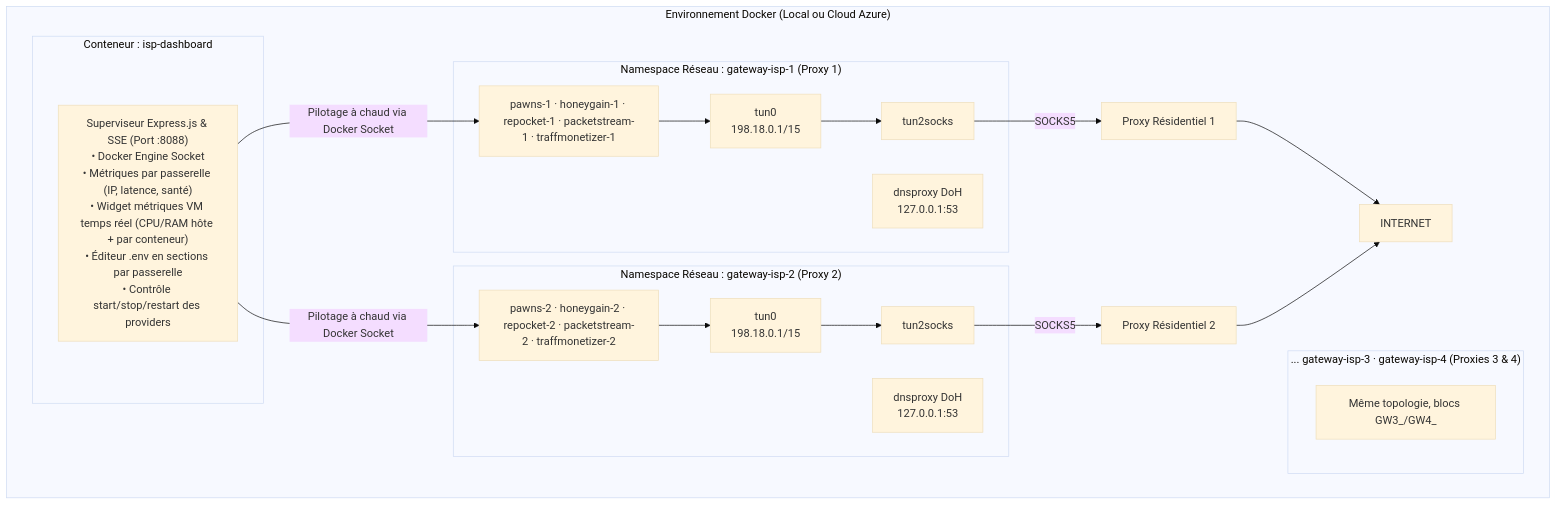
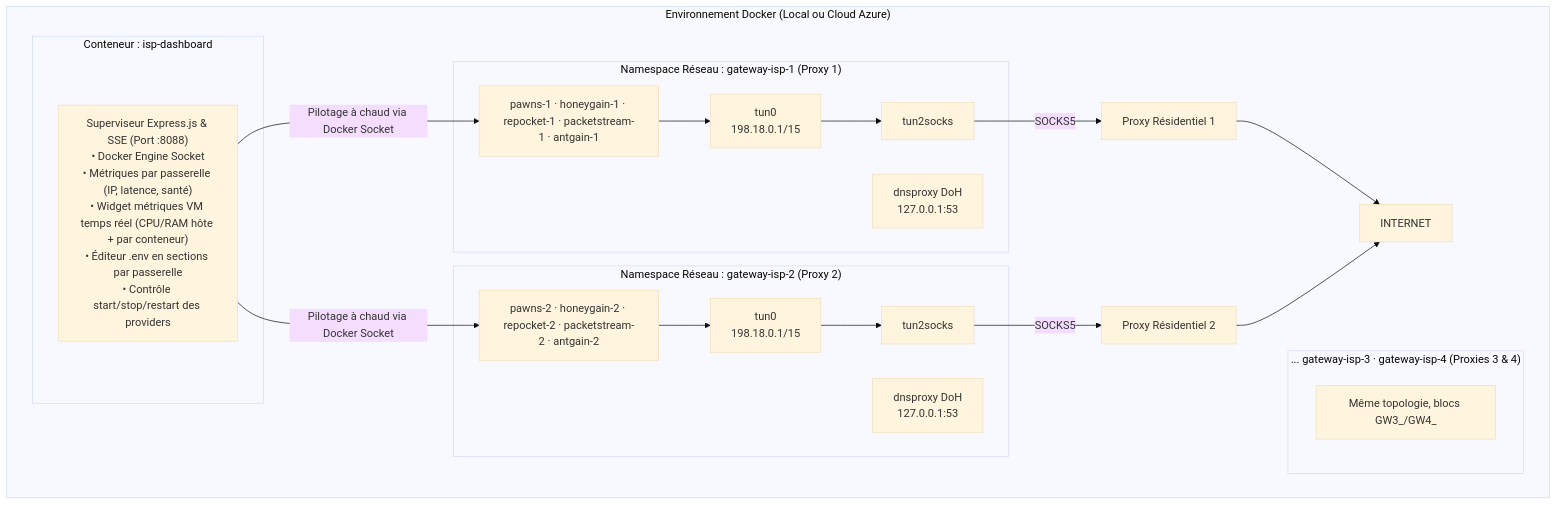
One commit to ki2pixel/proxy_docker changed the diagram in README.md. Above: the diagram before and after it, drawn with Mermaid (base theme). The commit also changed other lines of this file and 28 other files, not shown here.

````diff
--- a/README.md
+++ b/README.md
@@ -11,32 +11,32 @@
 ```mermaid
 graph TD
     subgraph Docker ["Environnement Docker (Local ou Cloud Azure)"]
         subgraph GW1 ["Namespace Réseau : gateway-isp-1 (Proxy 1)"]
             TUN1["tun0<br>198.18.0.1/15"] --> T2S1["tun2socks"]
             DOH1["dnsproxy DoH<br>127.0.0.1:53"]
-            P1["pawns-1 · honeygain-1 · repocket-1 · packetstream-1 · traffmonetizer-1"]
+            P1["pawns-1 · honeygain-1 · repocket-1 · packetstream-1 · antgain-1"]
         end
         subgraph GW2 ["Namespace Réseau : gateway-isp-2 (Proxy 2)"]
             TUN2["tun0<br>198.18.0.1/15"] --> T2S2["tun2socks"]
             DOH2["dnsproxy DoH<br>127.0.0.1:53"]
-            P2["pawns-2 · honeygain-2 · repocket-2 · packetstream-2 · traffmonetizer-2"]
+            P2["pawns-2 · honeygain-2 · repocket-2 · packetstream-2 · antgain-2"]
         end
         subgraph GW4 ["... gateway-isp-3 · gateway-isp-4 (Proxies 3 & 4)"]
             P4["Même topologie, blocs GW3_/GW4_"]
         end
 
         subgraph DashboardContainer ["Conteneur : isp-dashboard"]
             DASH["Superviseur Express.js & SSE (Port :8088)<br>• Docker Engine Socket<br>• Métriques par passerelle (IP, latence, santé)<br>• Widget métriques VM temps réel (CPU/RAM hôte + par conteneur)<br>• Éditeur .env en sections par passerelle<br>• Contrôle start/stop/restart des providers"]
         end
 
         UPSTREAM1["Proxy Résidentiel 1"] --> INTERNET
         UPSTREAM2["Proxy Résidentiel 2"] --> INTERNET
     end
 
     P1 --> TUN1
     P2 --> TUN2
     T2S1 -->|SOCKS5| UPSTREAM1
     T2S2 -->|SOCKS5| UPSTREAM2
     DASH -->|Pilotage à chaud via Docker Socket| P1
     DASH -->|Pilotage à chaud via Docker Socket| P2
 ```
````
